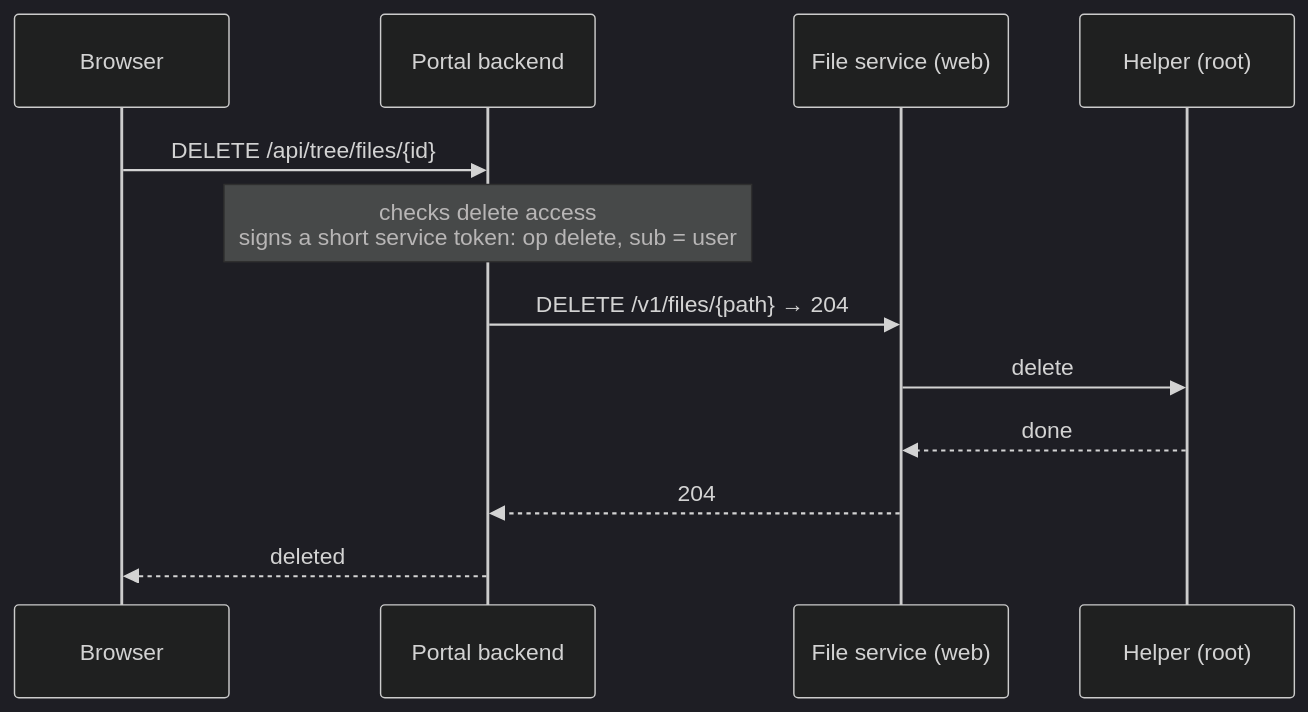
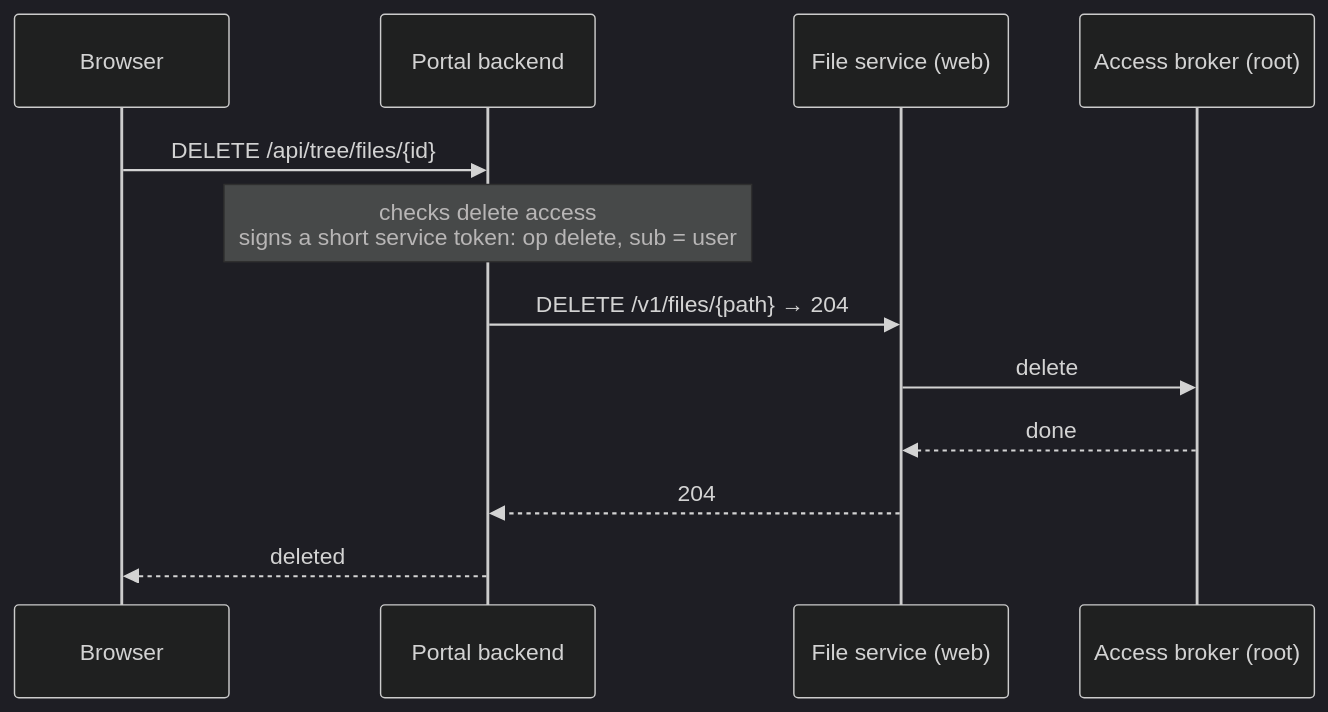
The fourth of 5 diagrams in docs/diagrams/posix-sequences.md (pmahon3/Data-Portal), drawn with Mermaid (dark theme) before and after one commit. The commit also changed other lines of this file and 30 other files, not shown here.

First line of the commit message:
refactor(posix): name the modes for who reads the files; the helper is the access broker

````diff
--- a/docs/diagrams/posix-sequences.md
+++ b/docs/diagrams/posix-sequences.md
@@ -103,16 +103,16 @@
 ```mermaid
 %% check: delete
 sequenceDiagram
     participant Browser
     participant Backend as Portal backend
     participant FileService as File service (web)
-    participant Helper as Helper (root)
+    participant Broker as Access broker (root)
 
     Browser->>Backend: DELETE /api/tree/files/{id}
     Note over Backend: checks delete access<br/>signs a short service token: op delete, sub = user
     Backend->>FileService: DELETE /v1/files/{path} → 204
-    FileService->>Helper: delete
-    Helper-->>FileService: done
+    FileService->>Broker: delete
+    Broker-->>FileService: done
     FileService-->>Backend: 204
     Backend-->>Browser: deleted
 ```
````
